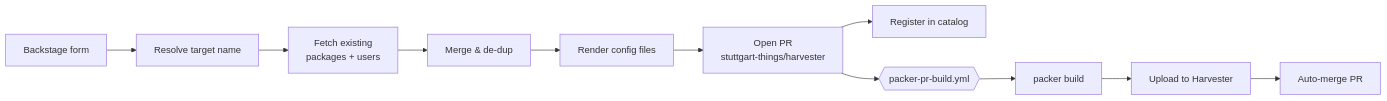
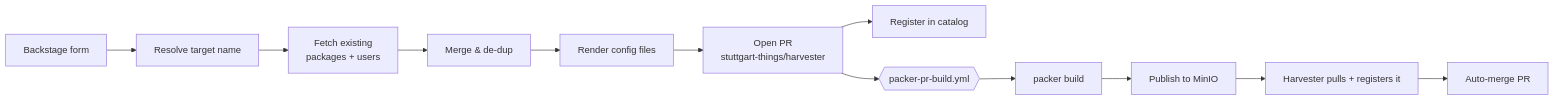
Before and after one commit to stuttgart-things/backstage-resources: the first of 2 diagrams in templates/harvester-packer-devimage/showcase/slides.md, drawn with Mermaid. The commit also changed other lines of this file and 5 other files, not shown here.

First line of the commit message:
fix(harvester-packer): keep the golden checksum, stop leaking merge inputs, describe publish + register (#57)

````diff
--- a/templates/harvester-packer-devimage/showcase/slides.md
+++ b/templates/harvester-packer-devimage/showcase/slides.md
@@ -63,13 +63,14 @@
 ```mermaid {scale: 0.62}
 flowchart LR
     A[Backstage form] --> B[Resolve target name]
     B --> C[Fetch existing<br/>packages + users]
     C --> D[Merge & de-dup]
     D --> E[Render config files]
     E --> F[Open PR<br/>stuttgart-things/harvester]
     F --> G[Register in catalog]
     F --> H{{packer-pr-build.yml}}
     H --> I[packer build]
-    I --> J[Upload to Harvester]
-    J --> K[Auto-merge PR]
+    I --> J[Publish to MinIO]
+    J --> J2[Harvester pulls + registers it]
+    J2 --> K[Auto-merge PR]
 ```
````
